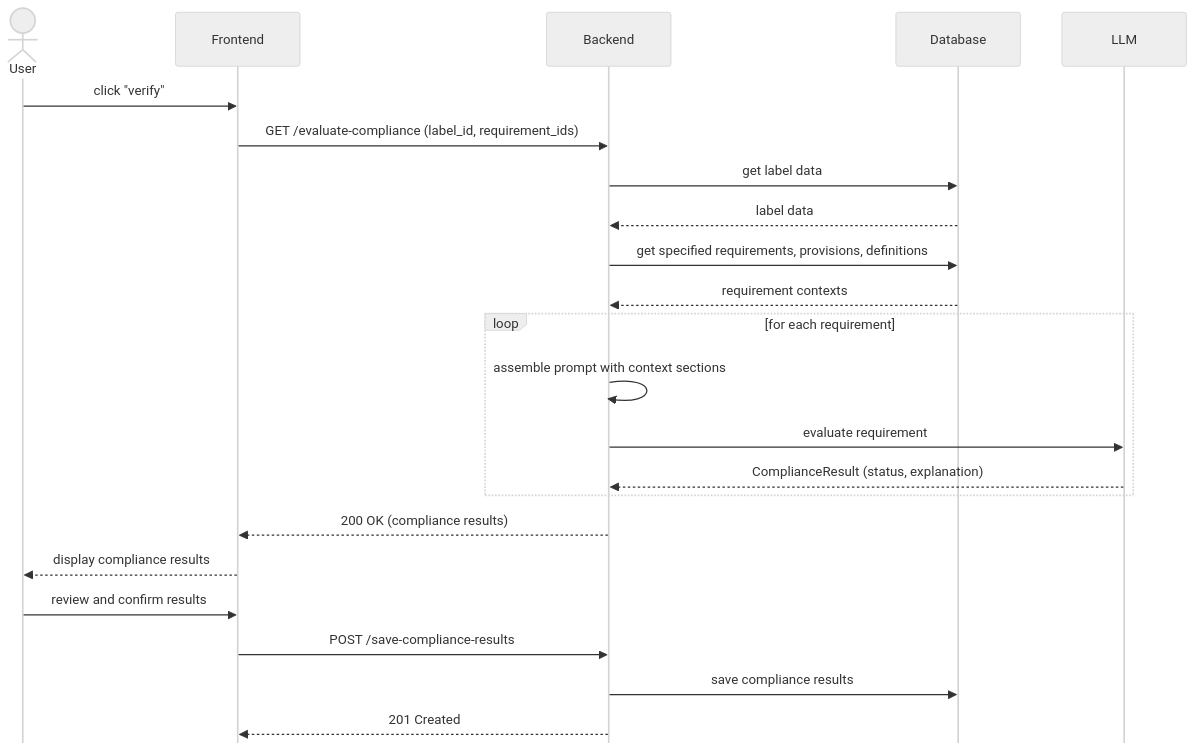
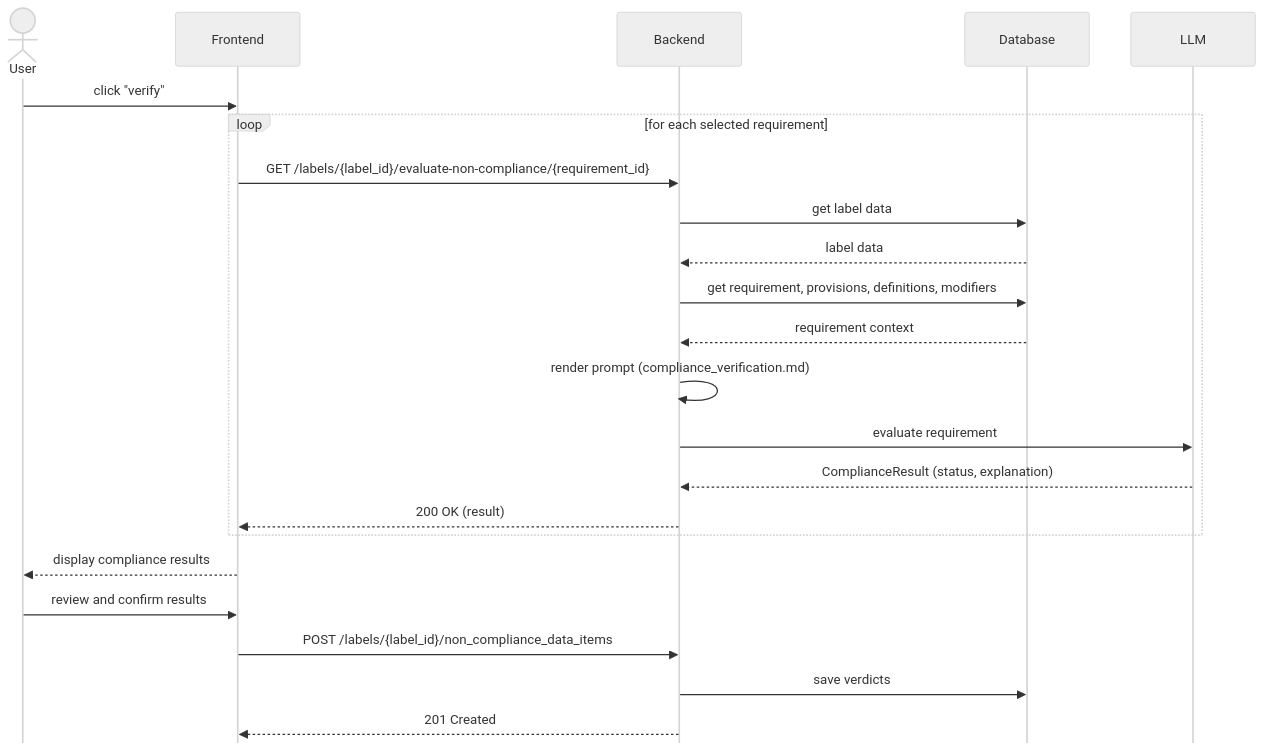
One commit to ai-cfia/fertiscan changed the diagram in docs/compliance/compliance-evaluation.md. Above: the diagram before and after it, drawn with Mermaid (neutral theme). The commit also changed other lines of this file and 2 other files, not shown here.

Commit message:
docs: #703 sync ERD and compliance docs with current code
- add compliance tables to root ERD
- fix evaluation sequence diagram endpoints (per-requirement flow)
- describe prompt template structure instead of embedding a stale copy

````diff
--- a/docs/compliance/compliance-evaluation.md
+++ b/docs/compliance/compliance-evaluation.md
@@ -3,33 +7,30 @@
 ```mermaid
 %%{init: { "sequence": { "mirrorActors": false } }}%%
 sequenceDiagram
     actor usr as User
     participant fe as Frontend
     participant be as Backend
     participant db as Database
     participant llm as LLM
 
     usr ->> fe : click "verify"
-    fe ->> be : GET /evaluate-compliance (label_id, requirement_ids)
 
-    be ->> db : get label data
-    db -->> be : label data
-
-    be ->> db : get specified requirements, provisions, definitions
-    db -->> be : requirement contexts
-
-    loop for each requirement
-        be ->> be : assemble prompt with context sections
+    loop for each selected requirement
+        fe ->> be : GET /labels/{label_id}/evaluate-non-compliance/{requirement_id}
+        be ->> db : get label data
+        db -->> be : label data
+        be ->> db : get requirement, provisions, definitions, modifiers
+        db -->> be : requirement context
+        be ->> be : render prompt (compliance_verification.md)
         be ->> llm : evaluate requirement
         llm -->> be : ComplianceResult (status, explanation)
+        be -->> fe : 200 OK (result)
     end
-
-    be -->> fe : 200 OK (compliance results)
 
     fe -->> usr : display compliance results
 
     usr ->> fe : review and confirm results
-    fe ->> be : POST /save-compliance-results
-    be ->> db : save compliance results
+    fe ->> be : POST /labels/{label_id}/non_compliance_data_items
+    be ->> db : save verdicts
     be -->> fe : 201 Created
 ```
````
